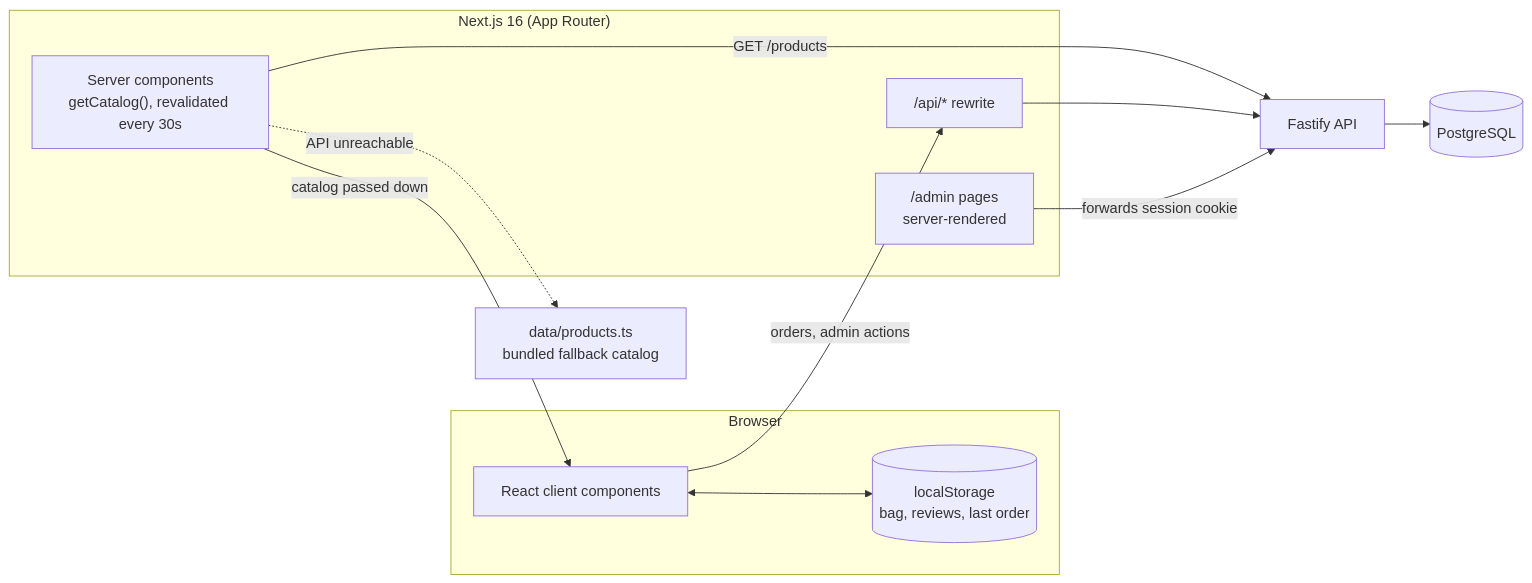
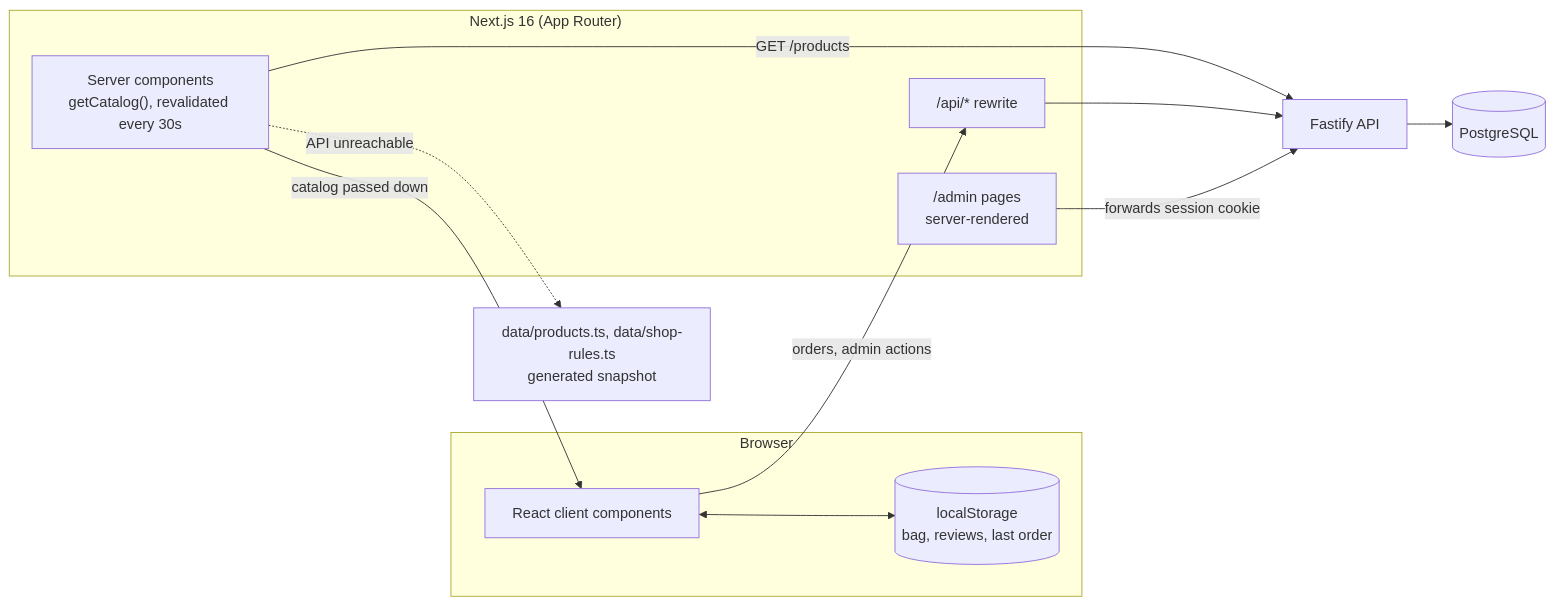
One commit to alieldeenahmed/Freyya changed the first of 2 diagrams in README.md. Above: the diagram before and after it, drawn with Mermaid. The commit also changed other lines of this file and 64 other files, not shown here.

````diff
--- a/README.md
+++ b/README.md
@@ -84,24 +84,24 @@
 ```mermaid
 flowchart LR
   subgraph Browser
     UI["React client components"]
     LS[("localStorage<br/>bag, reviews, last order")]
   end
   subgraph Next["Next.js 16 (App Router)"]
     SC["Server components<br/>getCatalog(), revalidated every 30s"]
     AD["/admin pages<br/>server-rendered"]
     PX["/api/* rewrite"]
   end
   API["Fastify API"]
   DB[("PostgreSQL")]
-  SNAP["data/products.ts<br/>bundled fallback catalog"]
+  SNAP["data/products.ts, data/shop-rules.ts<br/>generated snapshot"]
 
   SC -->|"GET /products"| API
   SC -.->|"API unreachable"| SNAP
   SC -->|"catalog passed down"| UI
   UI <--> LS
   UI -->|"orders, admin actions"| PX
   PX --> API
   AD -->|"forwards session cookie"| API
   API --> DB
 ```
````
